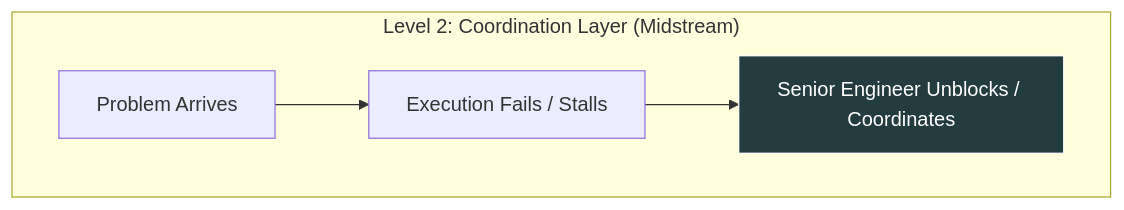
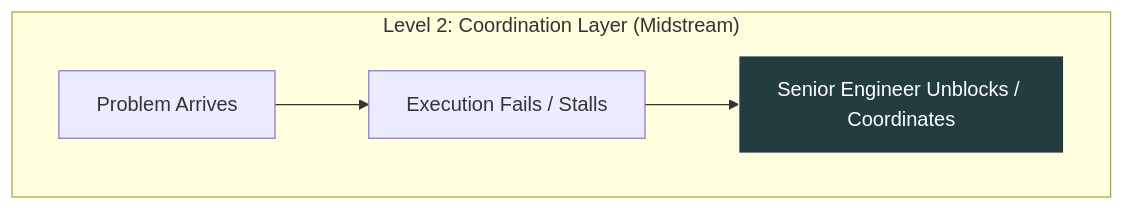
Before and after one commit to Shelbournator/thoughts: the second of 3 diagrams in _posts/2026-04-29-the-attending-architect.md, drawn with Mermaid. The commit also changed other lines of this file, not shown here.

````diff
--- a/_posts/2026-04-29-the-attending-architect.md
+++ b/_posts/2026-04-29-the-attending-architect.md
@@ -106,9 +107,10 @@
 ```mermaid
+%%{init: {"flowchart": {"htmlLabels": false}} }%%
 graph TD
 
     subgraph "Level 2: Coordination Layer (Midstream)"
         C1["Problem Arrives"] --> C2["Execution Fails / Stalls"] --> C3["Senior Engineer Unblocks / Coordinates"]
     end
 
     style C3 fill:#223c40,stroke:#fff,color:#fff
 ```
````
